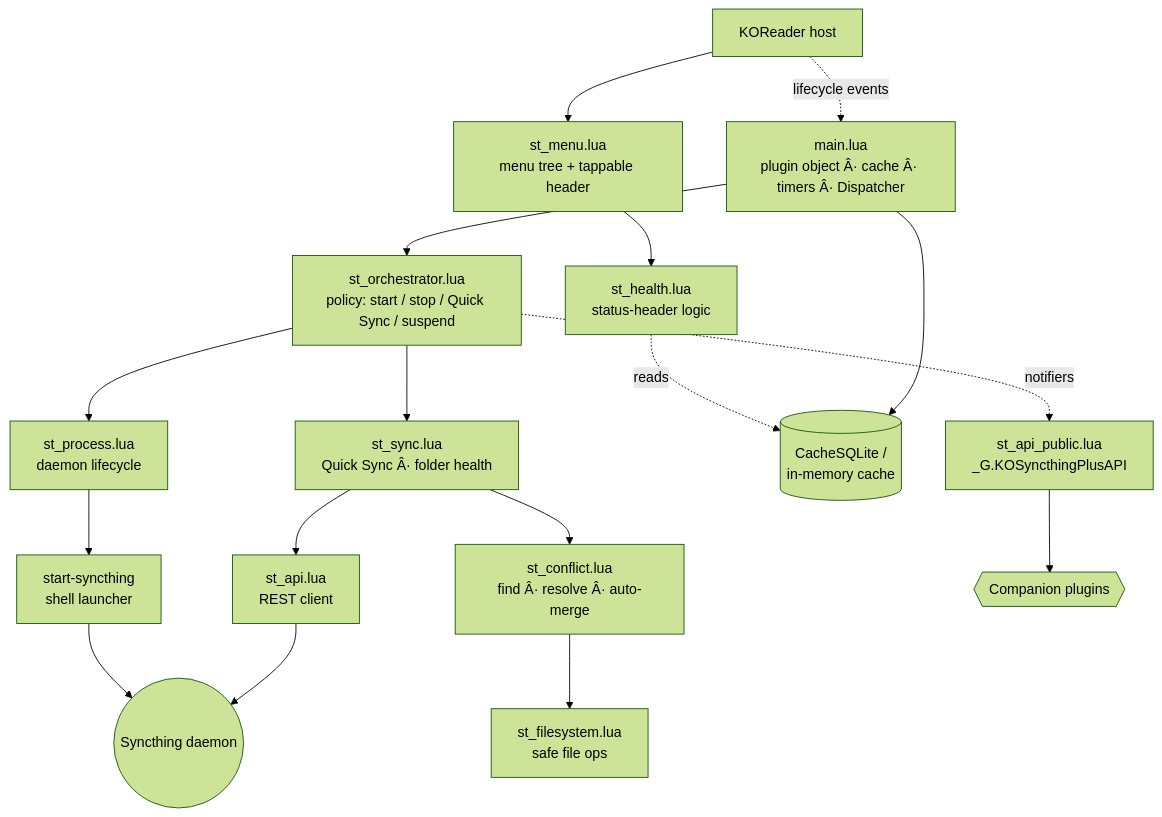
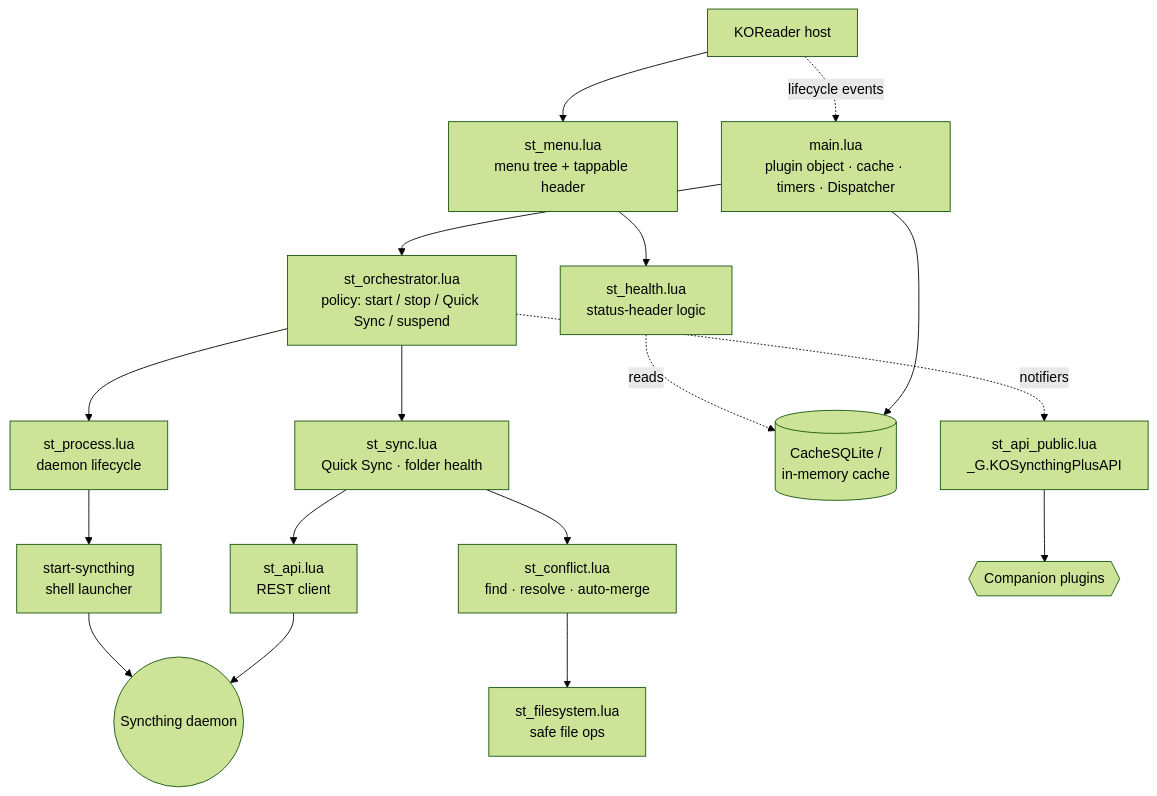
Before and after one commit to VACE001/kosyncthing_plus.koplugin: the diagram in README.md, drawn with Mermaid (forest theme). The commit also changed other lines of this file, not shown here.

````diff
--- a/README.md
+++ b/README.md
@@ -926,20 +906,19 @@
 ```mermaid
 flowchart TD
     KO[KOReader host] --> MENU["st_menu.lua<br/>menu tree + tappable header"]
-    KO -. lifecycle events .-> MAIN["main.lua<br/>plugin object Â· cache Â· timers Â· Dispatcher"]
+    KO -. lifecycle events .-> MAIN["main.lua<br/>plugin object · cache · timers · Dispatcher"]
     MAIN --> ORCH["st_orchestrator.lua<br/>policy: start / stop / Quick Sync / suspend"]
-
     ORCH --> PROC["st_process.lua<br/>daemon lifecycle"]
-    ORCH --> SYNC["st_sync.lua<br/>Quick Sync Â· folder health"]
-    SYNC --> CONF["st_conflict.lua<br/>find Â· resolve Â· auto-merge"]
-
-    PROC --> SH["start-syncthing<br/>shell launcher"] --> BIN(("Syncthing daemon"))
-    SYNC --> API["st_api.lua<br/>REST client"] --> BIN
+    ORCH --> SYNC["st_sync.lua<br/>Quick Sync · folder health"]
+    SYNC --> CONF["st_conflict.lua<br/>find · resolve · auto-merge"]
+    PROC --> SH["start-syncthing<br/>shell launcher"]
+    SH --> BIN(("Syncthing daemon"))
+    SYNC --> API["st_api.lua<br/>REST client"]
+    API --> BIN
     CONF --> FS["st_filesystem.lua<br/>safe file ops"]
-
     MENU --> HEALTH["st_health.lua<br/>status-header logic"]
     HEALTH -. reads .-> CACHE[("CacheSQLite /<br/>in-memory cache")]
     MAIN --> CACHE
-
-    ORCH -. notifiers .-> PUB["st_api_public.lua<br/>_G.KOSyncthingPlusAPI"] --> COMP{{Companion plugins}}
+    ORCH -. notifiers .-> PUB["st_api_public.lua<br/>_G.KOSyncthingPlusAPI"]
+    PUB --> COMP{{Companion plugins}}
 ```
````
